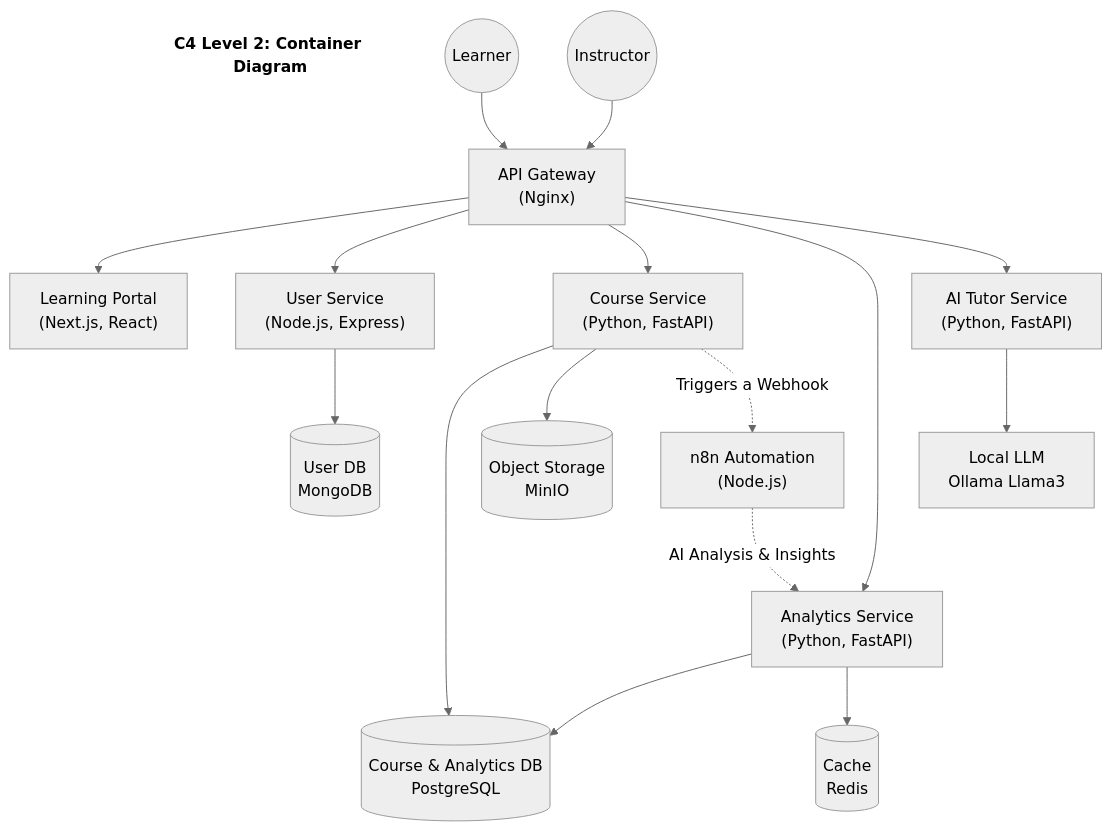
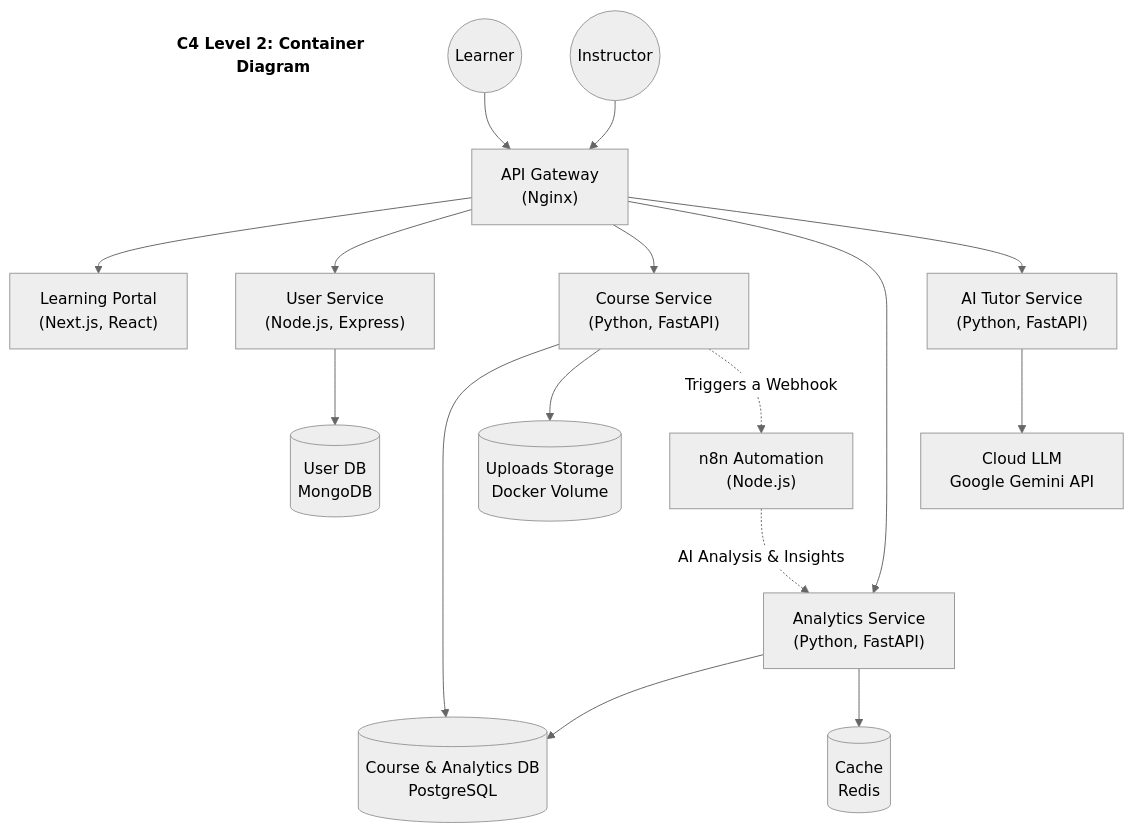
The second of 10 diagrams in architecture.md (Sen-Se1/elearning-microservice-platform), drawn with Mermaid (neutral theme) before and after one commit. The commit also changed other lines of this file and 1 other file, not shown here.

Commit message:
refactor: migrate AI integration from local Ollama to Google Gemini API and update storage configurations

````diff
--- a/architecture.md
+++ b/architecture.md
@@ -29,42 +29,42 @@
 ```mermaid
 flowchart TD
     title["C4 Level 2: Container Diagram"]
     style title fill:none,stroke:none,font-weight:bold,font-size:16px
 
     Learner((Learner))
     Instructor((Instructor))
 
     Gateway["API Gateway<br/>(Nginx)"]
     Frontend["Learning Portal<br/>(Next.js, React)"]
     
     UserSvc["User Service<br/>(Node.js, Express)"]
     CourseSvc["Course Service<br/>(Python, FastAPI)"]
     AnalyticsSvc["Analytics Service<br/>(Python, FastAPI)"]
     AITutorSvc["AI Tutor Service<br/>(Python, FastAPI)"]
     n8n["n8n Automation<br/>(Node.js)"]
     
     DB_User[("User DB<br/>MongoDB")]
     DB_Course[("Course & Analytics DB<br/>PostgreSQL")]
     Cache_Redis[("Cache<br/>Redis")]
-    Storage[("Object Storage<br/>MinIO")]
-    Ollama["Local LLM<br/>Ollama Llama3"]
+    Storage[("Uploads Storage<br/>Docker Volume")]
+    Gemini["Cloud LLM<br/>Google Gemini API"]
 
     Learner --> Gateway
     Instructor --> Gateway
     
     Gateway --> Frontend
     Gateway --> UserSvc
     Gateway --> CourseSvc
     Gateway --> AnalyticsSvc
     Gateway --> AITutorSvc
     
     UserSvc --> DB_User
     CourseSvc --> DB_Course
     CourseSvc --> Storage
     AnalyticsSvc --> DB_Course
     AnalyticsSvc --> Cache_Redis
-    AITutorSvc --> Ollama
+    AITutorSvc --> Gemini
     
     CourseSvc -.->|Triggers a Webhook| n8n
     n8n -.->|AI Analysis & Insights| AnalyticsSvc
 ```
````
